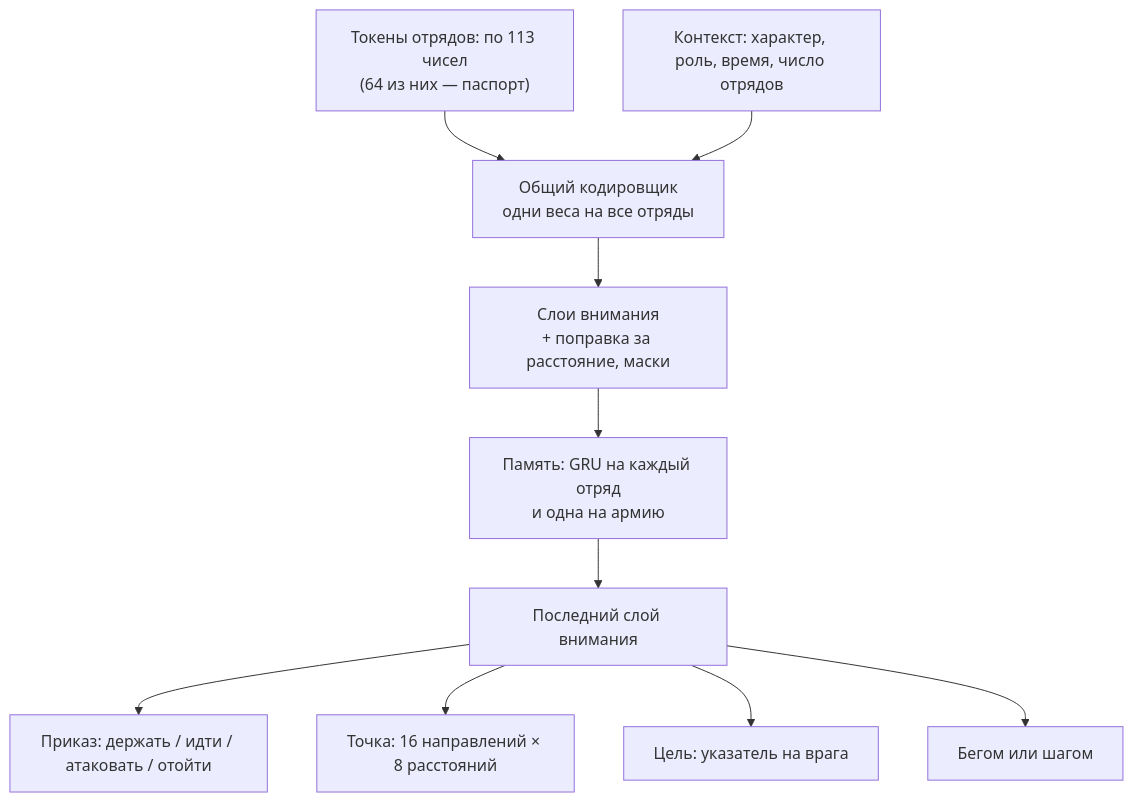
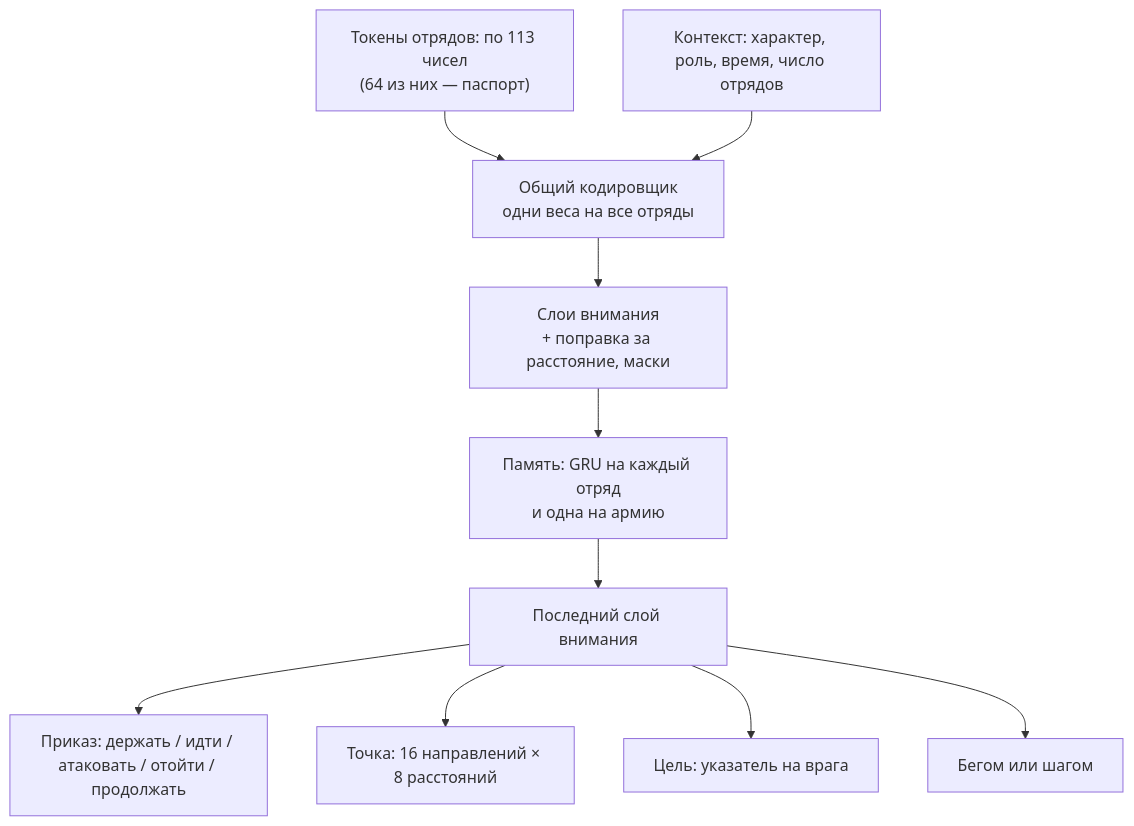
One commit to DimaZero7/TWW3-batle-ai changed the second of 2 diagrams in docs/ru/training/model.md. Above: the diagram before and after it, drawn with Mermaid. The commit also changed other lines of this file and 73 other files, not shown here.

````diff
--- a/docs/ru/training/model.md
+++ b/docs/ru/training/model.md
@@ -81,12 +81,12 @@
 ```mermaid
 flowchart TB
   tok["Токены отрядов: по 113 чисел<br/>(64 из них — паспорт)"] --> enc["Общий кодировщик<br/>одни веса на все отряды"]
   ctx["Контекст: характер, роль, время, число отрядов"] --> enc
   enc --> att["Слои внимания<br/>+ поправка за расстояние, маски"]
   att --> gru["Память: GRU на каждый отряд<br/>и одна на армию"]
   gru --> last["Последний слой внимания"]
-  last --> kind["Приказ: держать / идти / атаковать / отойти"]
+  last --> kind["Приказ: держать / идти / атаковать / отойти / продолжать"]
   last --> point["Точка: 16 направлений × 8 расстояний"]
   last --> ptr["Цель: указатель на врага"]
   last --> run["Бегом или шагом"]
 ```
````
